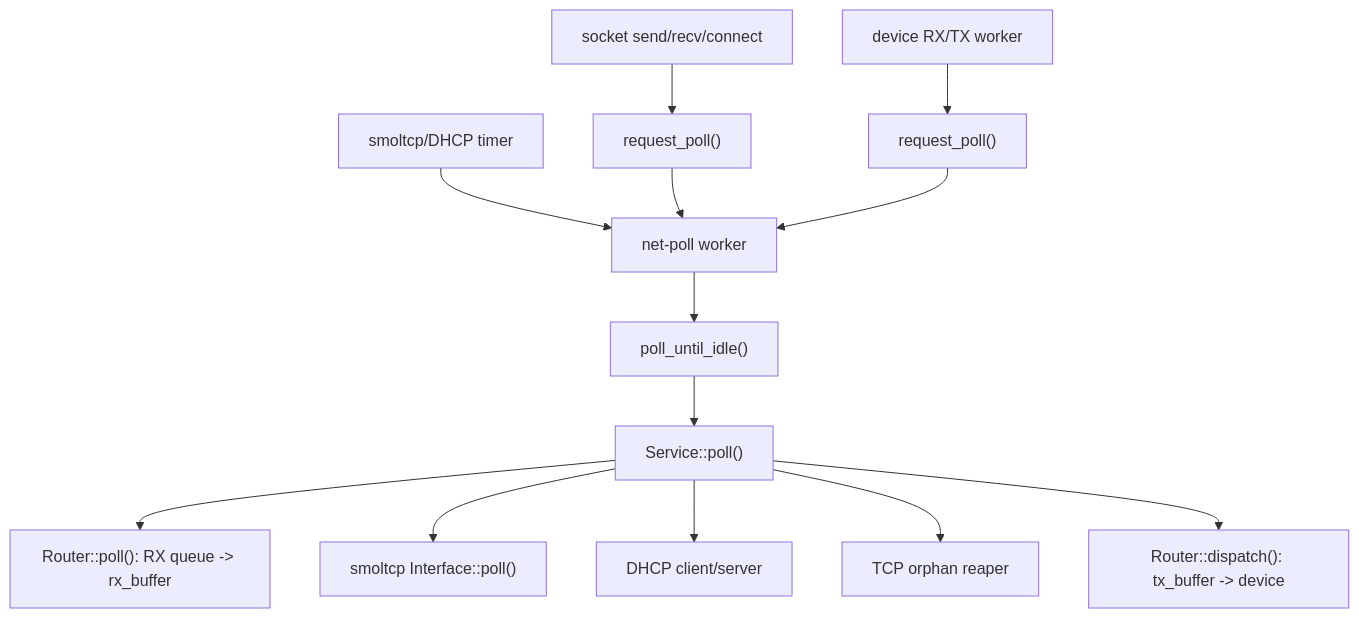
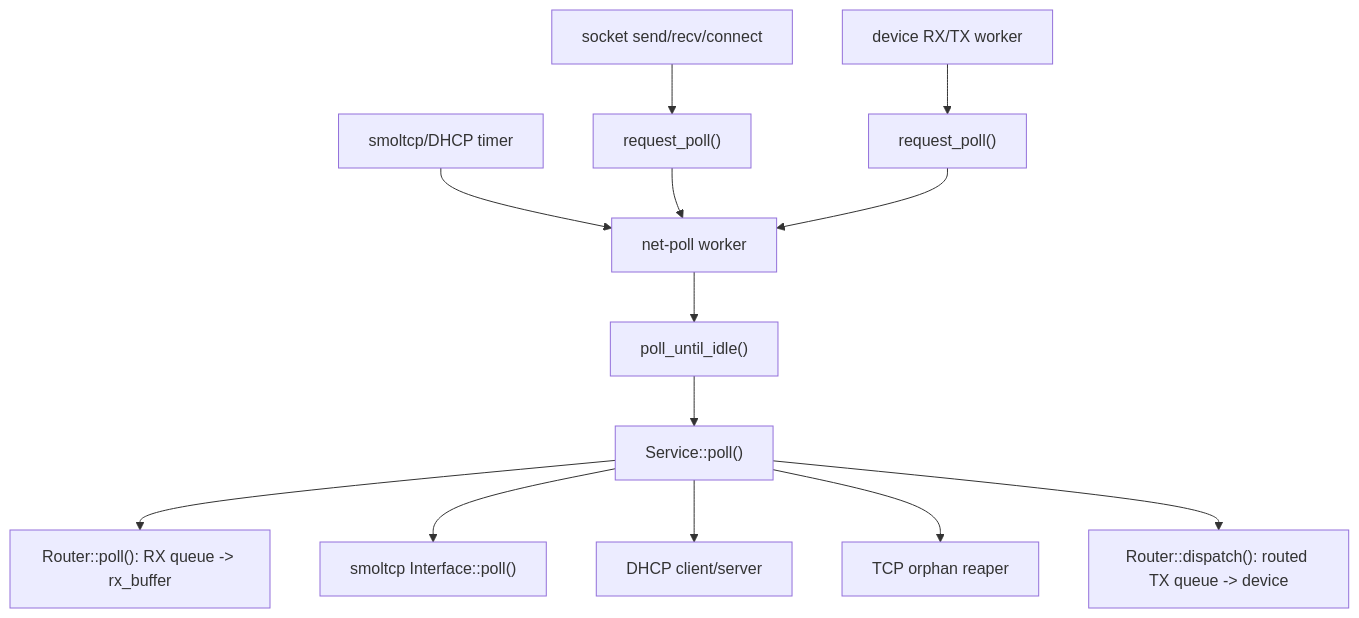
The first of 4 diagrams in docs/docs/architecture/net/flows.md (rcore-os/tgoskits), drawn with Mermaid before and after one commit. The commit also changed other lines of this file and 19 other files, not shown here.

````diff
--- a/docs/docs/architecture/net/flows.md
+++ b/docs/docs/architecture/net/flows.md
@@ -26,16 +26,16 @@
 ```mermaid
 flowchart TB
     App["socket send/recv/connect"] --> Req1["request_poll()"]
     Dev["device RX/TX worker"] --> Req2["request_poll()"]
     Timer["smoltcp/DHCP timer"] --> Worker["net-poll worker"]
     Req1 --> Worker
     Req2 --> Worker
 
     Worker --> Poll["poll_until_idle()"]
     Poll --> Service["Service::poll()"]
     Service --> RouterPoll["Router::poll(): RX queue -> rx_buffer"]
     Service --> Iface["smoltcp Interface::poll()"]
     Service --> Dhcp["DHCP client/server"]
     Service --> Orphan["TCP orphan reaper"]
-    Service --> Dispatch["Router::dispatch(): tx_buffer -> device"]
+    Service --> Dispatch["Router::dispatch(): routed TX queue -> device"]
 ```
````
